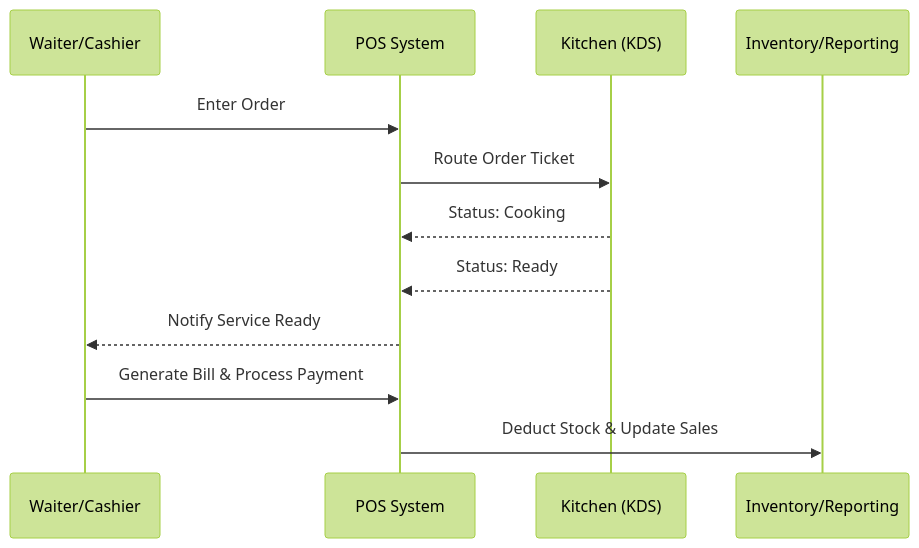
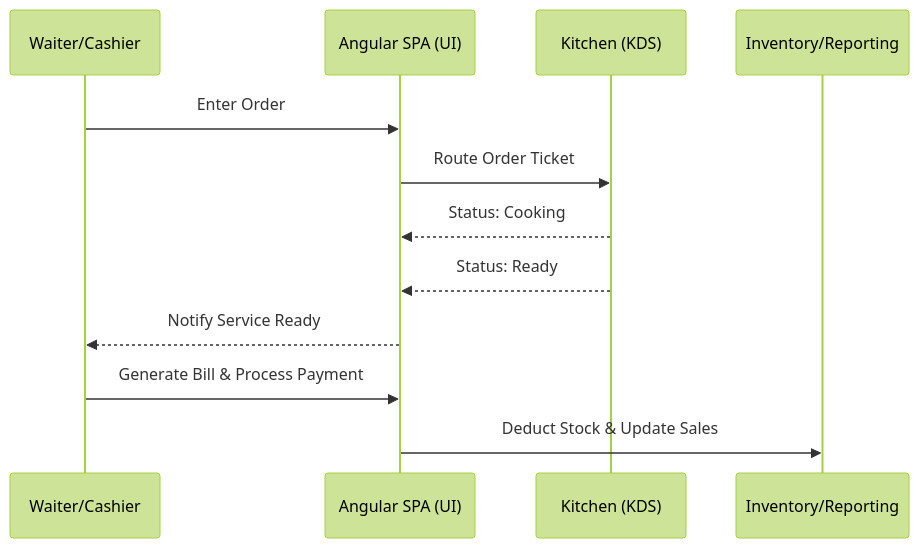
Before and after one commit to shams909/Restaurant-management-system: the second of 6 diagrams in FINAL_MASTER_DOCUMENTATION.md, drawn with Mermaid (forest theme). The commit also changed other lines of this file, not shown here.

Commit message:
docs: update architecture documentation to reflect Angular SPA integration and project roadmap adjustments

````diff
--- a/FINAL_MASTER_DOCUMENTATION.md
+++ b/FINAL_MASTER_DOCUMENTATION.md
@@ -96,15 +96,15 @@
 ```mermaid
 sequenceDiagram
     participant Waiter/Cashier
-    participant POS System
+    participant Angular SPA (UI)
     participant Kitchen (KDS)
     participant Inventory/Reporting
     
-    Waiter/Cashier->>POS System: Enter Order
-    POS System->>Kitchen (KDS): Route Order Ticket
-    Kitchen (KDS)-->>POS System: Status: Cooking
-    Kitchen (KDS)-->>POS System: Status: Ready
-    POS System-->>Waiter/Cashier: Notify Service Ready
-    Waiter/Cashier->>POS System: Generate Bill & Process Payment
-    POS System->>Inventory/Reporting: Deduct Stock & Update Sales
+    Waiter/Cashier->>Angular SPA (UI): Enter Order
+    Angular SPA (UI)->>Kitchen (KDS): Route Order Ticket
+    Kitchen (KDS)-->>Angular SPA (UI): Status: Cooking
+    Kitchen (KDS)-->>Angular SPA (UI): Status: Ready
+    Angular SPA (UI)-->>Waiter/Cashier: Notify Service Ready
+    Waiter/Cashier->>Angular SPA (UI): Generate Bill & Process Payment
+    Angular SPA (UI)->>Inventory/Reporting: Deduct Stock & Update Sales
 ```
````
